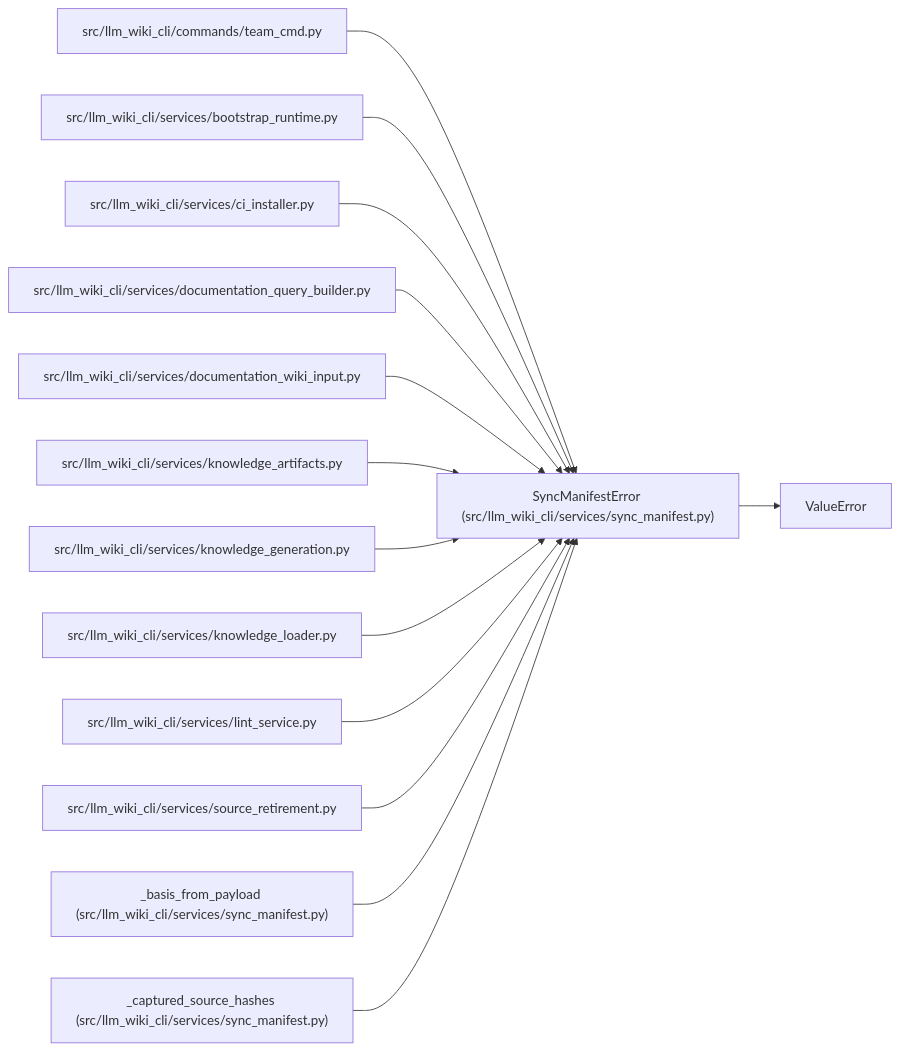
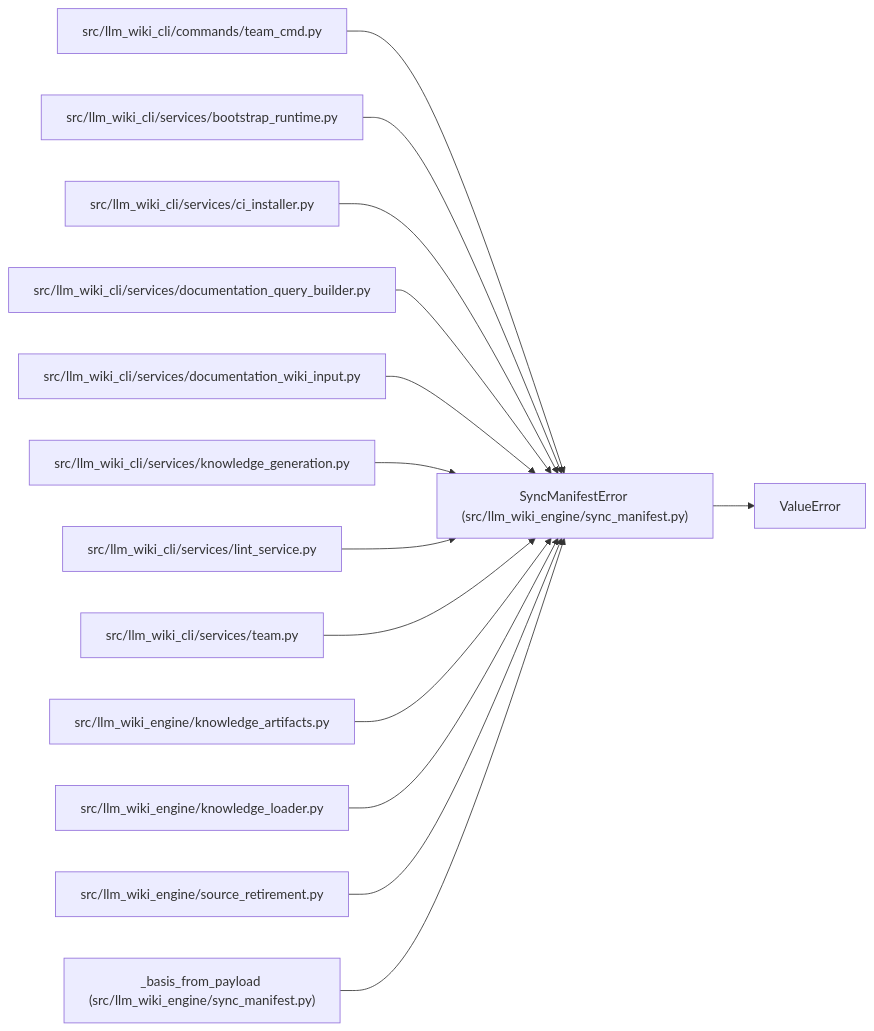
One commit to Denissvgn/python-wiki-llm changed the diagram in docs/llm_wiki/entities/SyncManifestError.md. Above: the diagram before and after it, drawn with Mermaid. The commit also changed other lines of this file and 1058 other files, not shown here.

First line of the commit message:
docs: refresh the wiki for the knowledge store move

````diff
--- a/docs/llm_wiki/entities/SyncManifestError.md
+++ b/docs/llm_wiki/entities/SyncManifestError.md
@@ -25,43 +25,43 @@
 ```mermaid
 flowchart LR
-    n0["SyncManifestError (src/llm_wiki_cli/services/sync_manifest.py)"]
+    n0["SyncManifestError (src/llm_wiki_engine/sync_manifest.py)"]
     n1["ValueError"]
     n2["src/llm_wiki_cli/commands/team_cmd.py"]
     n3["src/llm_wiki_cli/services/bootstrap_runtime.py"]
     n4["src/llm_wiki_cli/services/ci_installer.py"]
     n5["src/llm_wiki_cli/services/documentation_query_builder.py"]
     n6["src/llm_wiki_cli/services/documentation_wiki_input.py"]
-    n7["src/llm_wiki_cli/services/knowledge_artifacts.py"]
-    n8["src/llm_wiki_cli/services/knowledge_generation.py"]
-    n9["src/llm_wiki_cli/services/knowledge_loader.py"]
-    n10["src/llm_wiki_cli/services/lint_service.py"]
-    n11["src/llm_wiki_cli/services/source_retirement.py"]
-    n12["_basis_from_payload (src/llm_wiki_cli/services/sync_manifest.py)"]
-    n13["_captured_source_hashes (src/llm_wiki_cli/services/sync_manifest.py)"]
+    n7["src/llm_wiki_cli/services/knowledge_generation.py"]
+    n8["src/llm_wiki_cli/services/lint_service.py"]
+    n9["src/llm_wiki_cli/services/team.py"]
+    n10["src/llm_wiki_engine/knowledge_artifacts.py"]
+    n11["src/llm_wiki_engine/knowledge_loader.py"]
+    n12["src/llm_wiki_engine/source_retirement.py"]
+    n13["_basis_from_payload (src/llm_wiki_engine/sync_manifest.py)"]
     n0 --> n1
     n2 --> n0
     n3 --> n0
     n4 --> n0
     n5 --> n0
     n6 --> n0
     n7 --> n0
     n8 --> n0
     n9 --> n0
     n10 --> n0
     n11 --> n0
     n12 --> n0
     n13 --> n0
     click n0 "../modules/sync_manifest.md"
     click n2 "../modules/team_cmd.md"
     click n3 "../modules/bootstrap_runtime.md"
     click n4 "../modules/ci_installer.md"
     click n5 "../modules/documentation_query_builder.md"
     click n6 "../modules/documentation_wiki_input.md"
-    click n7 "../modules/knowledge_artifacts.md"
-    click n8 "../modules/knowledge_generation.md"
-    click n9 "../modules/knowledge_loader.md"
-    click n10 "../modules/lint_service.md"
-    click n11 "../modules/source_retirement.md"
-    click n12 "../modules/sync_manifest.md"
+    click n7 "../modules/knowledge_generation.md"
+    click n8 "../modules/lint_service.md"
+    click n9 "../modules/team.md"
+    click n10 "../modules/knowledge_artifacts.md"
+    click n11 "../modules/knowledge_loader.md"
+    click n12 "../modules/source_retirement.md"
     click n13 "../modules/sync_manifest.md"
 ```
````
